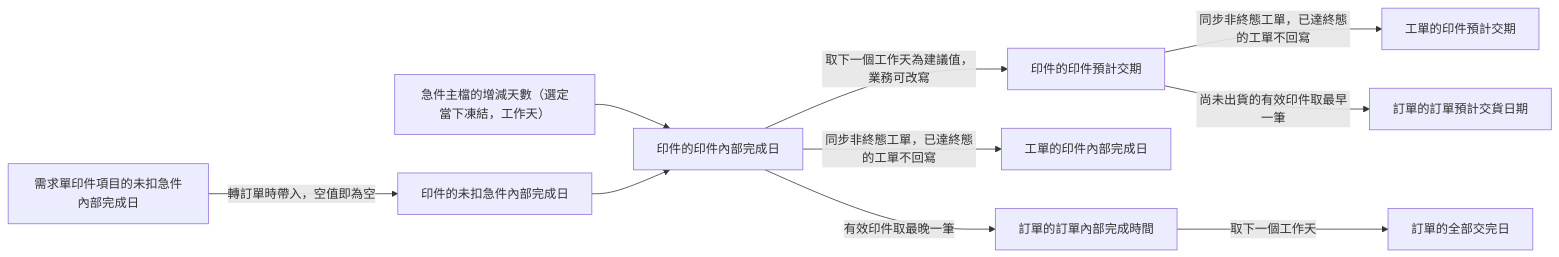
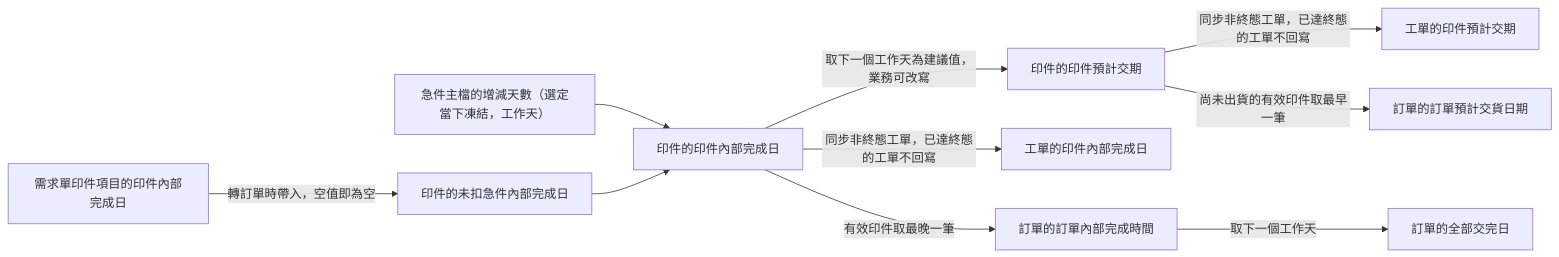
One commit to Kawato-Miles/erp-spec changed the fourth of 5 diagrams in memory/Sens_wiki/wiki/erp/05-entities/訂單領域資料結構總覽.md. Above: the diagram before and after it, drawn with Mermaid. The commit also changed other lines of this file and 7 other files, not shown here.

````diff
--- a/memory/Sens_wiki/wiki/erp/05-entities/訂單領域資料結構總覽.md
+++ b/memory/Sens_wiki/wiki/erp/05-entities/訂單領域資料結構總覽.md
@@ -90,12 +90,12 @@
 ```mermaid
 flowchart LR
-    B2["需求單印件項目的未扣急件內部完成日"] -->|"轉訂單時帶入，空值即為空"| B4["印件的未扣急件內部完成日"]
+    B2["需求單印件項目的印件內部完成日"] -->|"轉訂單時帶入，空值即為空"| B4["印件的未扣急件內部完成日"]
     B6["急件主檔的增減天數（選定當下凍結，工作天）"] --> B7["印件的印件內部完成日"]
     B4 --> B7
     B7 -->|"取下一個工作天為建議值，業務可改寫"| B9["印件的印件預計交期"]
     B7 -->|"同步非終態工單，已達終態的工單不回寫"| B8["工單的印件內部完成日"]
     B9 -->|"同步非終態工單，已達終態的工單不回寫"| B10["工單的印件預計交期"]
     B7 -->|"有效印件取最晚一筆"| B11["訂單的訂單內部完成時間"]
     B11 -->|"取下一個工作天"| B12["訂單的全部交完日"]
     B9 -->|"尚未出貨的有效印件取最早一筆"| B13["訂單的訂單預計交貨日期"]
 ```
````
